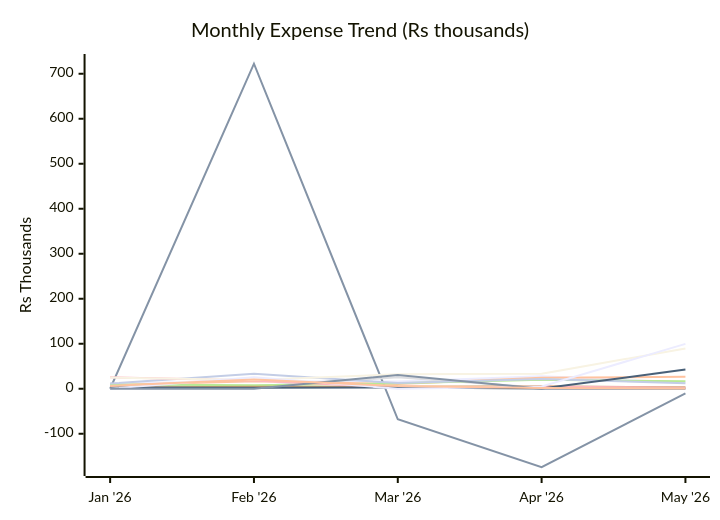
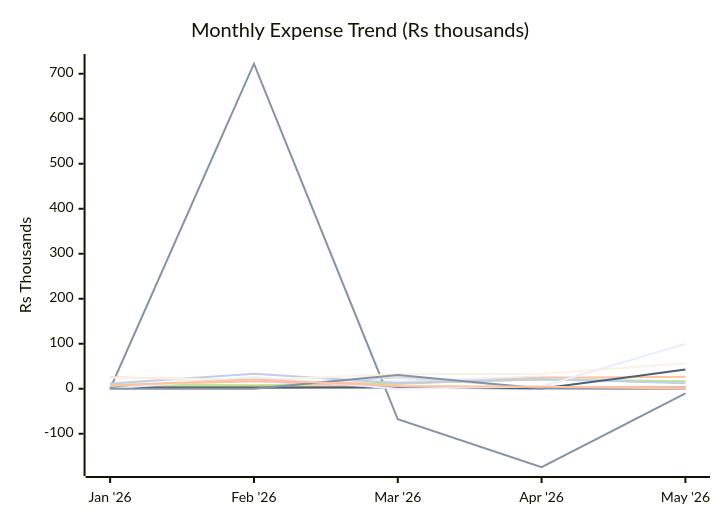
One commit to sachin-hg/expense-reporter changed the first of 2 diagrams in reports/2026-05.md. Above: the diagram before and after it, drawn with Mermaid. The commit also changed other lines of this file and 8 other files, not shown here.

````diff
--- a/reports/2026-05.md
+++ b/reports/2026-05.md
@@ -26,19 +26,19 @@
 ```mermaid
 xychart-beta
     title "Monthly Expense Trend (Rs thousands)"
     x-axis ["Jan '26", "Feb '26", "Mar '26", "Apr '26", "May '26"]
     y-axis "Rs Thousands" -175 --> 725
-    line "Travel" [12.2, 16.5, 15.9, 27.9, 13.7]
+    line "Travel" [12.2, 16.5, 15.9, 27.3, 13.3]
     line "Trip" [0.0, 722.3, -67.9, -174.4, -10.2]
     line "Shopping" [7.8, 16.4, 10.6, 24.2, 26.8]
     line "Baby" [7.7, 5.6, 25.3, 2.4, 1.0]
-    line "Outside Food" [9.5, 7.6, 12.1, 20.2, 16.4]
-    line "Grocery" [2.5, 4.5, 4.7, 5.3, 3.2]
-    line "Utilities & Bills" [11.5, 33.2, 12.6, 21.7, 12.3]
+    line "Outside Food" [9.5, 7.6, 12.1, 20.3, 16.9]
+    line "Grocery" [2.5, 4.5, 4.7, 3.4, 3.2]
+    line "Utilities & Bills" [11.5, 33.2, 12.6, 21.3, 12.3]
     line "Health, Fitness & Self Care" [25.5, 18.3, 2.5, 4.4, 2.3]
     line "Upskill / AI" [2.6, 2.5, 2.6, 0.4, 42.6]
-    line "Rohan" [24.8, 19.3, 32.0, 33.1, 89.6]
+    line "Rohan" [24.8, 19.3, 32.0, 33.1, 56.6]
     line "One-Time Expense" [0.0, 25.8, 0.0, 5.0, 99.7]
-    line "Tax" [0.0, 0.0, 30.3, 0.0, 0.0]
-    line "Others" [6.3, 20.3, 5.9, 1.8, 0.7]
+    line "Tax" [0.0, 0.0, 30.3, 0.3, 0.2]
+    line "Others" [6.3, 20.3, 5.9, 4.3, 0.5]
 ```
````
